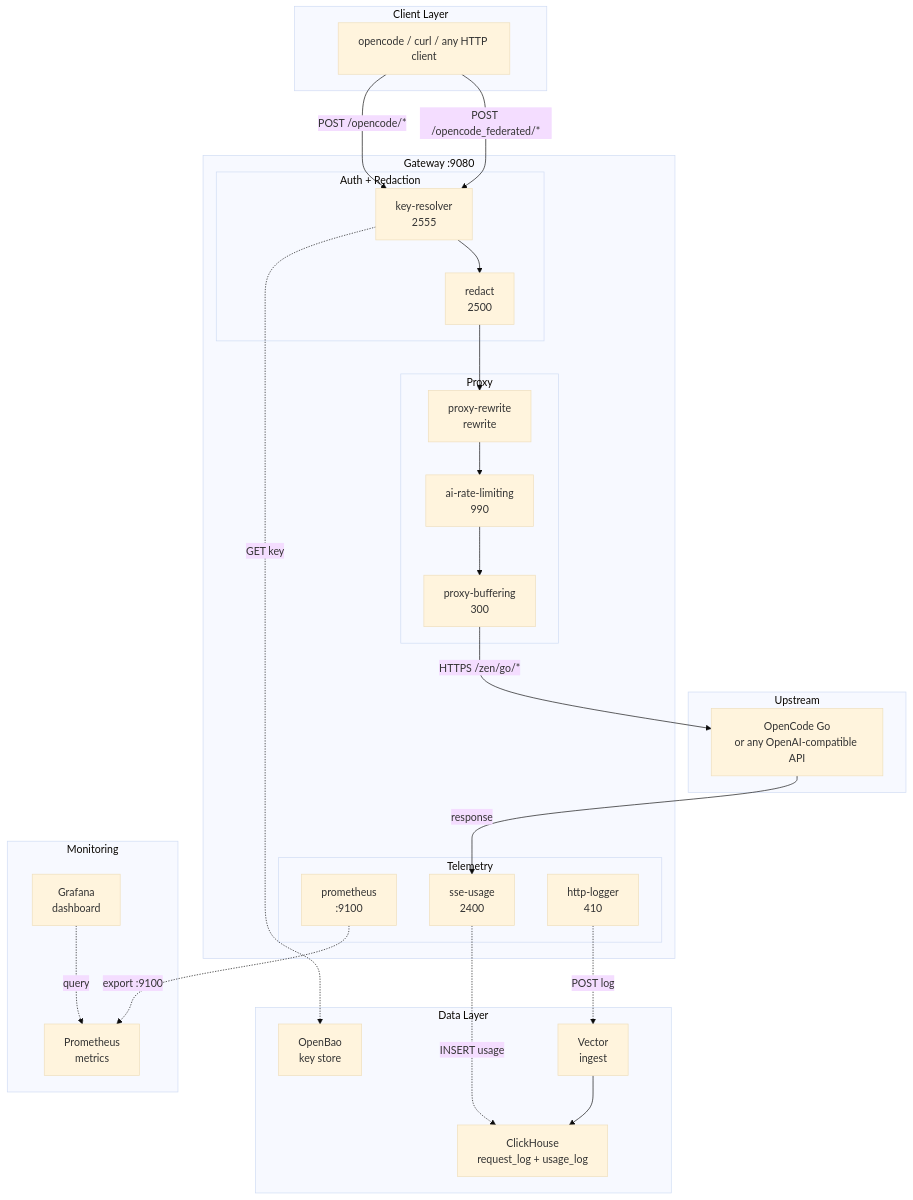
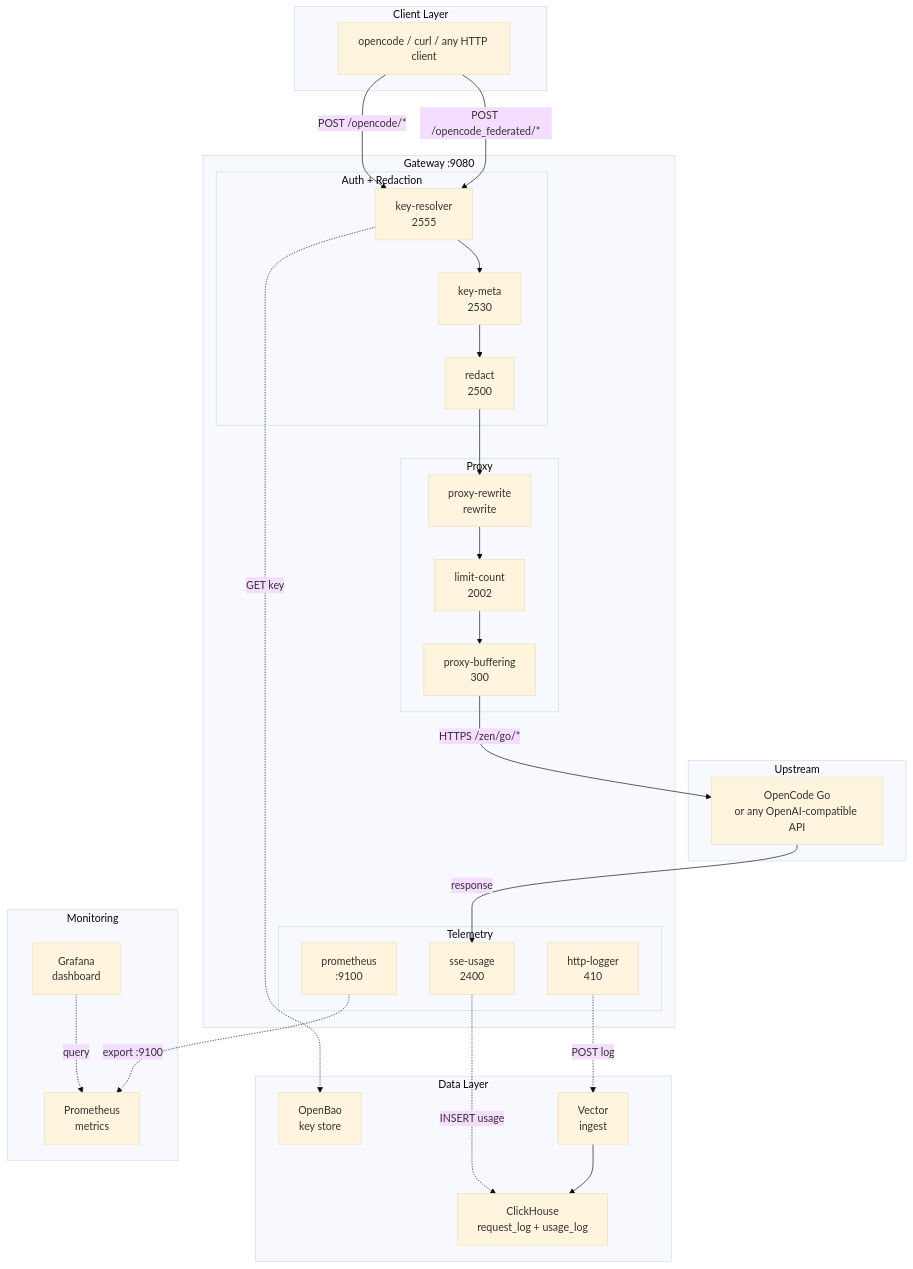
Before and after one commit to Independent-AI-Labs/WORKSPACE-GATEWAY: the first of 2 diagrams in README.md, drawn with Mermaid (base theme). The commit also changed other lines of this file and 15 other files, not shown here.

First line of the commit message:
docs: finalize per-key rate limiting docs and config

````diff
--- a/README.md
+++ b/README.md
@@ -72,49 +72,50 @@
 ```mermaid
 graph TB
     subgraph "Client Layer"
         C["opencode / curl / any HTTP client"]
     end
 
     subgraph "Gateway :9080"
         subgraph "Auth + Redaction"
             KR["key-resolver<br/>2555"]
+            KM["key-meta<br/>2530"]
             RD["redact<br/>2500"]
         end
         subgraph "Proxy"
             PRW["proxy-rewrite<br/>rewrite"]
-            RL["ai-rate-limiting<br/>990"]
+            LC["limit-count<br/>2002"]
             PB["proxy-buffering<br/>300"]
         end
         subgraph "Telemetry"
             SU["sse-usage<br/>2400"]
             HL["http-logger<br/>410"]
             PROMP["prometheus<br/>:9100"]
         end
     end
 
     subgraph "Data Layer"
         OB["OpenBao<br/>key store"]
         V["Vector<br/>ingest"]
         CH["ClickHouse<br/>request_log + usage_log"]
     end
 
     subgraph "Monitoring"
         PROM["Prometheus<br/>metrics"]
         GW["Grafana<br/>dashboard"]
     end
 
     subgraph "Upstream"
         GO["OpenCode Go<br/>or any OpenAI-compatible API"]
     end
 
     C -->|"POST /opencode_federated/*"| KR
     C -->|"POST /opencode/*"| KR
-    KR --> RD --> PRW --> RL --> PB -->|"HTTPS /zen/go/*"| GO
+    KR --> KM --> RD --> PRW --> LC --> PB -->|"HTTPS /zen/go/*"| GO
     GO -->|"response"| SU
 
     KR -.->|"GET key"| OB
     HL -.->|"POST log"| V --> CH
     SU -.->|"INSERT usage"| CH
     PROMP -.->|"export :9100"| PROM
     GW -.->|"query"| PROM
 ```
````
